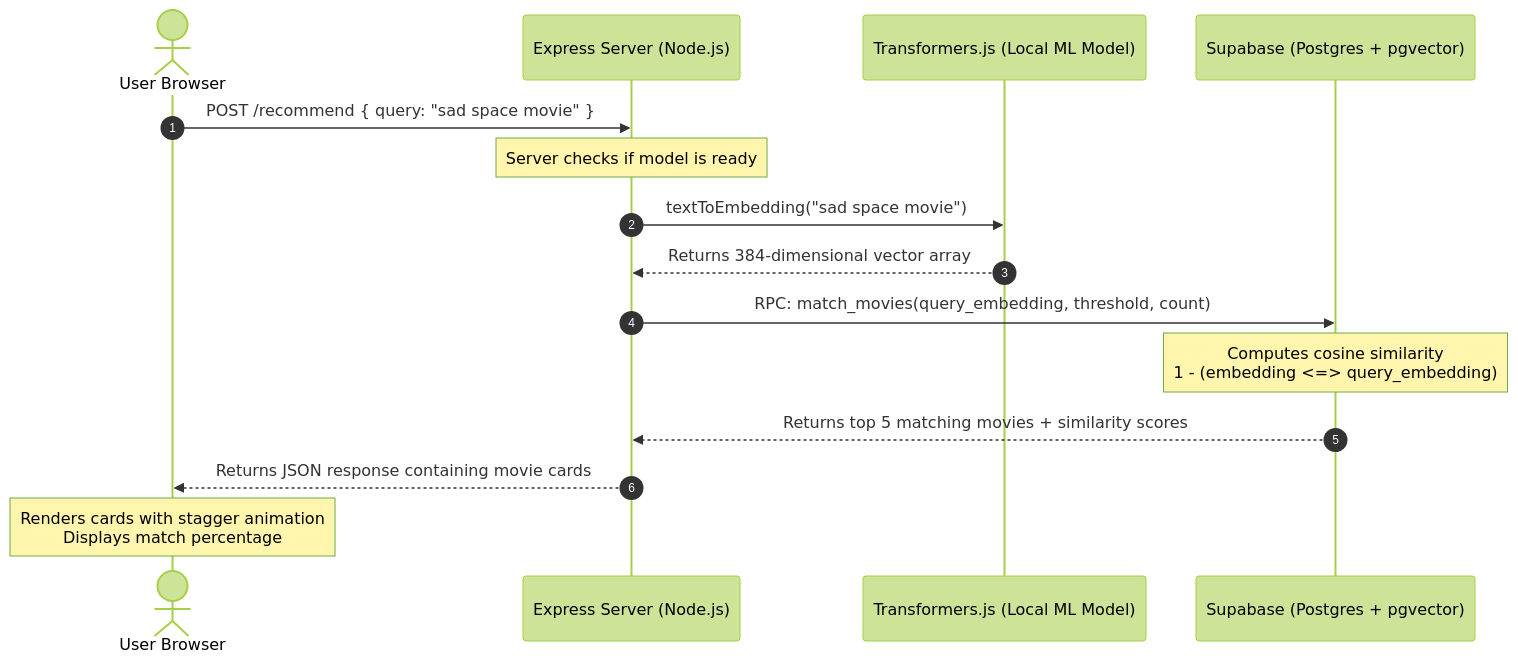
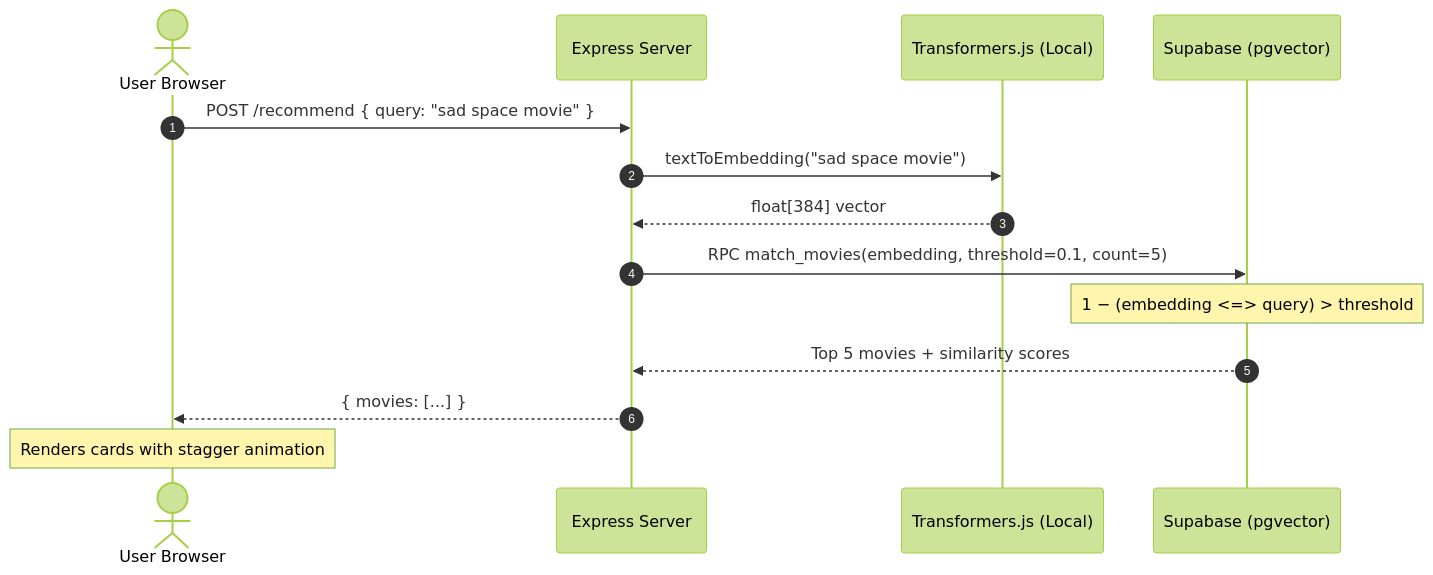
The second of 2 diagrams in README.md (Vamshimamidipelli/PopChoice), drawn with Mermaid (forest theme) before and after one commit. The commit also changed other lines of this file, not shown here.

````diff
--- a/README.md
+++ b/README.md
@@ -20,18 +72,17 @@
 ```mermaid
 sequenceDiagram
     autonumber
     actor User as User Browser
-    participant Server as Express Server (Node.js)
-    participant localAI as Transformers.js (Local ML Model)
-    participant DB as Supabase (Postgres + pgvector)
+    participant Server as Express Server
+    participant AI as Transformers.js (Local)
+    participant DB as Supabase (pgvector)
 
     User->>Server: POST /recommend { query: "sad space movie" }
-    Note over Server: Server checks if model is ready
-    Server->>localAI: textToEmbedding("sad space movie")
-    localAI-->>Server: Returns 384-dimensional vector array
-    Server->>DB: RPC: match_movies(query_embedding, threshold, count)
-    Note over DB: Computes cosine similarity<br/>1 - (embedding <=> query_embedding)
-    DB-->>Server: Returns top 5 matching movies + similarity scores
-    Server-->>User: Returns JSON response containing movie cards
-    Note over User: Renders cards with stagger animation<br/>Displays match percentage
+    Server->>AI: textToEmbedding("sad space movie")
+    AI-->>Server: float[384] vector
+    Server->>DB: RPC match_movies(embedding, threshold=0.1, count=5)
+    Note over DB: 1 − (embedding <=> query) > threshold
+    DB-->>Server: Top 5 movies + similarity scores
+    Server-->>User: { movies: [...] }
+    Note over User: Renders cards with stagger animation
 ```
````
